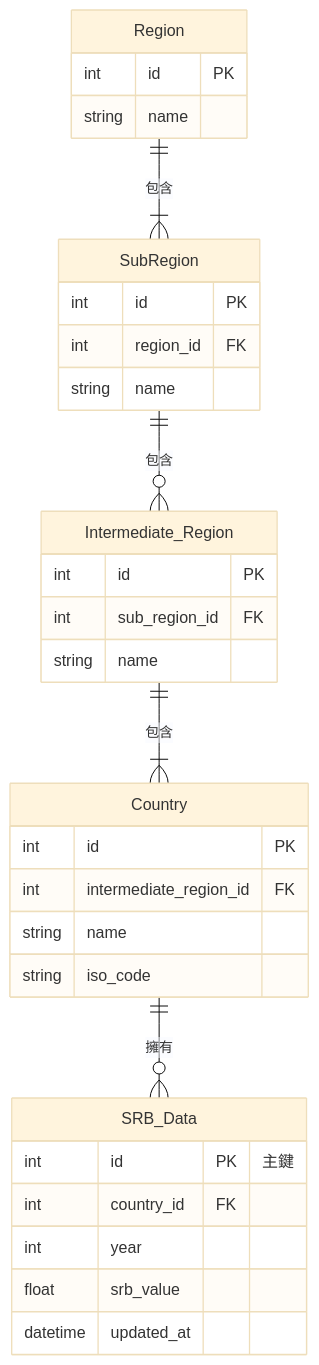
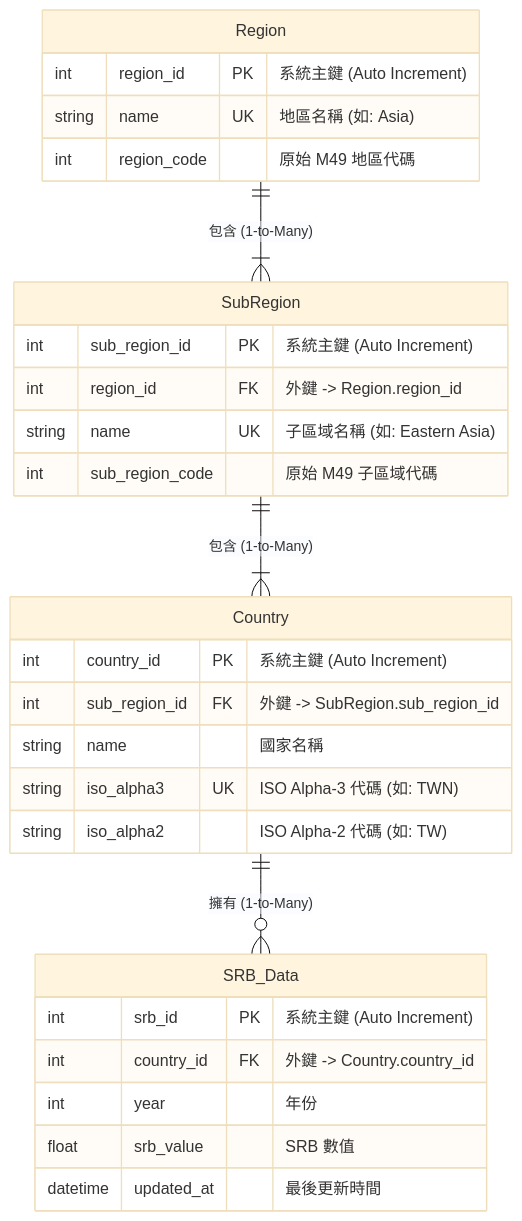
The diagram in README.md (Wanzhennnnnnnnnnnn/M11405501_FinalExam), drawn with Mermaid (base theme) before and after one commit.

Commit message:
更新ER-Diagram

````diff
--- a/README.md
+++ b/README.md
@@ -1,66 +1,60 @@
 ```mermaid
 erDiagram
-    %% ---------------------------------------------------------
-    %% 1. 地區 (Region)
-    %% 用於功能 3：選擇地區以顯示子區域統計
-    %% ---------------------------------------------------------
+    %% =========================================================
+    %% 1. 地區表 (Region)
+    %% 用途：功能 3 (地區篩選)
+    %% =========================================================
     Region {
-        int id PK 
-        string name 
+        int region_id PK "系統主鍵 (Auto Increment)"
+        string name UK "地區名稱 (如: Asia)"
+        int region_code "原始 M49 地區代碼"
     }
 
-    %% ---------------------------------------------------------
-    %% 2. 子區域 (SubRegion)
-    %% 用於功能 2：選擇子區域顯示國家排行
-    %% 用於功能 3：聚合計算該區域的最大 SRB
-    %% ---------------------------------------------------------
+    %% =========================================================
+    %% 2. 子區域表 (SubRegion)
+    %% 用途：功能 2 (子區域篩選)、功能 3 (聚合計算)
+    %% =========================================================
     SubRegion {
-        int id PK
-        int region_id FK 
-        string name 
+        int sub_region_id PK "系統主鍵 (Auto Increment)"
+        int region_id FK "外鍵 -> Region.region_id"
+        string name UK "子區域名稱 (如: Eastern Asia)"
+        int sub_region_code "原始 M49 子區域代碼"
     }
 
-    %% ---------------------------------------------------------
-    %% 3. 中間區域 (Intermediate_Region) - 選用層級
-    %% 如果資料來源包含此層級 (如 UN M49)，需加入此表
-    %% ---------------------------------------------------------
-    Intermediate_Region {
-        int id PK 
-        int sub_region_id FK 
-        string name 
+    %% =========================================================
+    %% 3. 國家表 (Country)
+    %% 用途：功能 1 (國家歷年數據)、功能 4 (關鍵字搜尋)
+    %% =========================================================
+    Country {
+        int country_id PK "系統主鍵 (Auto Increment)"
+        int sub_region_id FK "外鍵 -> SubRegion.sub_region_id"
+        string name "國家名稱"
+        string iso_alpha3 UK "ISO Alpha-3 代碼 (如: TWN)"
+        string iso_alpha2 "ISO Alpha-2 代碼 (如: TW)"
     }
 
-    %% ---------------------------------------------------------
-    %% 4. 國家 (Country)
-    %% 用於功能 1：下拉選擇國家顯示歷年數據
-    %% 用於功能 4：關鍵字搜尋國家名稱
-    %% ---------------------------------------------------------
-    Country {
-        int id PK
-        int intermediate_region_id FK 
-        string name 
-        string iso_code 
+    %% =========================================================
+    %% 4. 出生性別比數據表 (SRB_Data)
+    %% 用途：核心數據展示、功能 5/6/7 (CRUD 操作)
+    %% =========================================================
+    SRB_Data {
+        int srb_id PK "系統主鍵 (Auto Increment)"
+        int country_id FK "外鍵 -> Country.country_id"
+        int year "年份"
+        float srb_value "SRB 數值"
+        datetime updated_at "最後更新時間"
     }
 
-    %% ---------------------------------------------------------
-    %% 5. 出生性別比數據 (SRB_Data)
-    %% 核心數據表，支援所有 SRB 數值的顯示與 CRUD 操作
-    %% 功能 5 (新增下一年), 功能 6 (更新), 功能 7 (範圍刪除)
-    %% ---------------------------------------------------------
-    SRB_Data {
-        int id PK "主鍵"
-        int country_id FK 
-        int year 
-        float srb_value 
-        datetime updated_at 
-    }
-
-    %% ---------------------------------------------------------
+    %% =========================================================
     %% 關係定義 (Relationships)
-    %% 修正處：補上了冒號與描述文字，這是 Mermaid 語法的必要條件
-    %% ---------------------------------------------------------
-    Region ||--|{ SubRegion : "包含"
-    SubRegion ||--o{ Intermediate_Region : "包含"
-    Intermediate_Region ||--|{ Country : "包含"
-    Country ||--o{ SRB_Data : "擁有"
+    %% =========================================================
+    
+    %% 一個地區包含多個子區域
+    Region ||--|{ SubRegion : "包含 (1-to-Many)"
+    
+    %% 一個子區域包含多個國家
+    SubRegion ||--|{ Country : "包含 (1-to-Many)"
+    
+    %% 一個國家擁有多筆年度數據
+    Country ||--o{ SRB_Data : "擁有 (1-to-Many)"
 ```
````
